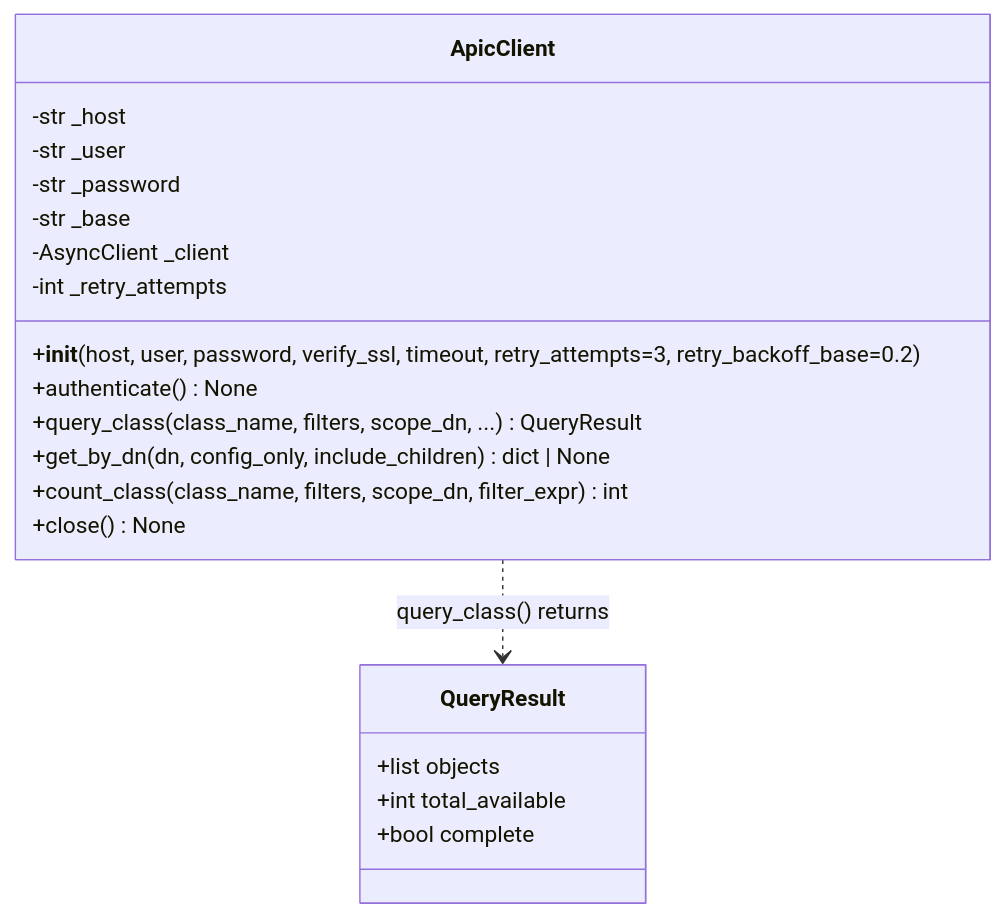
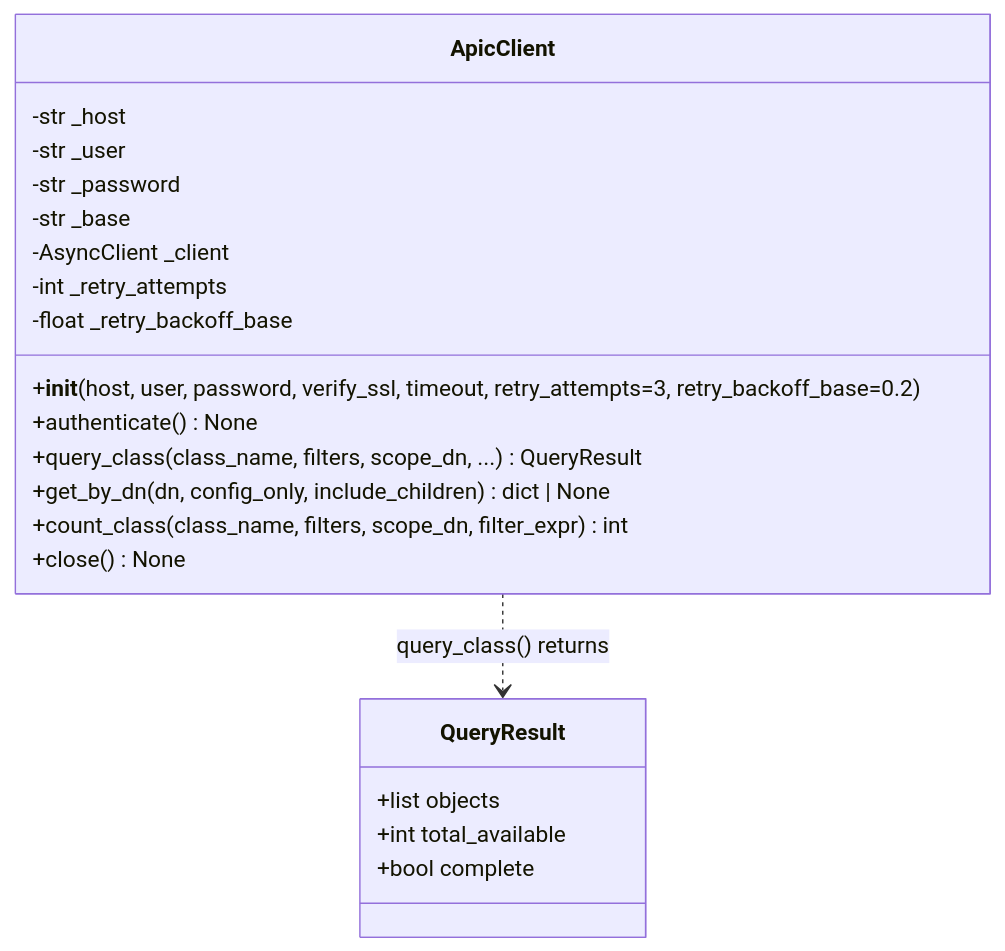
One commit to k3l0-dev/aci-mcp changed the first of 3 diagrams in docs/internals/apic-client.md. Above: the diagram before and after it, drawn with Mermaid. The commit also changed other lines of this file and 27 other files, not shown here.

````diff
--- a/docs/internals/apic-client.md
+++ b/docs/internals/apic-client.md
@@ -9,26 +11,27 @@
 ```mermaid
 classDiagram
     class QueryResult {
         +list objects
         +int total_available
         +bool complete
     }
 
     class ApicClient {
         -str _host
         -str _user
         -str _password
         -str _base
         -AsyncClient _client
         -int _retry_attempts
+        -float _retry_backoff_base
 
         +__init__(host, user, password, verify_ssl, timeout, retry_attempts=3, retry_backoff_base=0.2)
         +authenticate() None
         +query_class(class_name, filters, scope_dn, ...) QueryResult
         +get_by_dn(dn, config_only, include_children) dict | None
         +count_class(class_name, filters, scope_dn, filter_expr) int
         +close() None
     }
 
     ApicClient ..> QueryResult : query_class() returns
 ```
````
